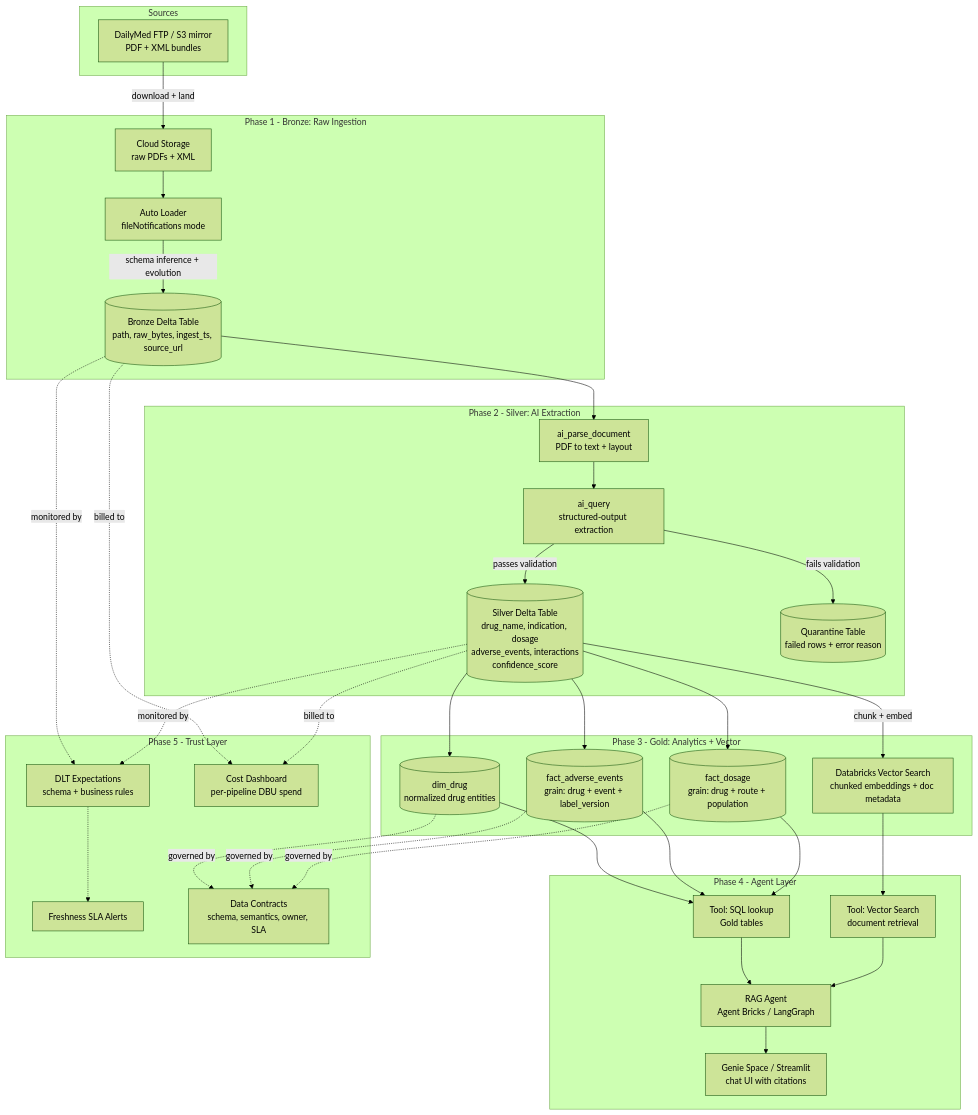
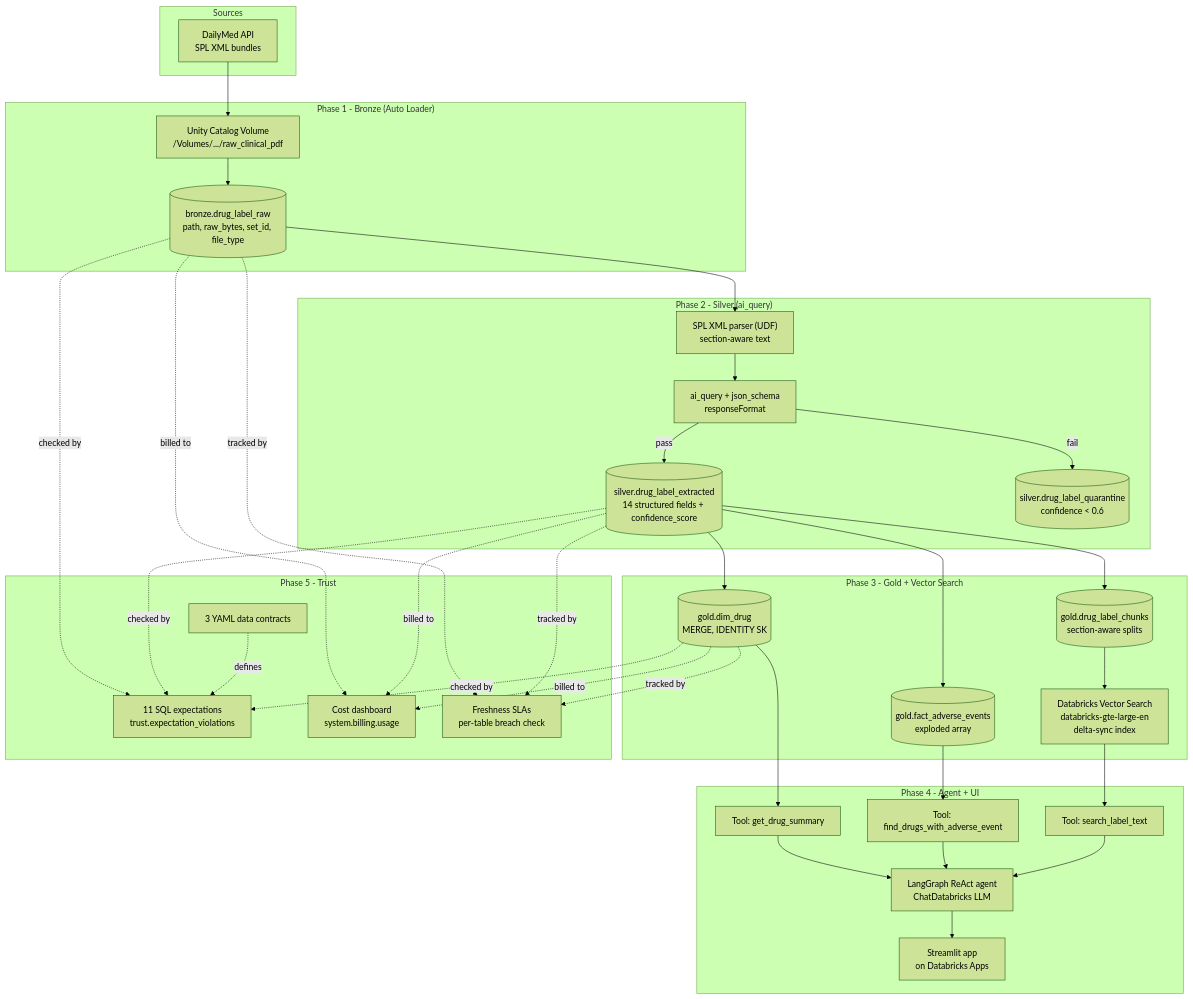
The diagram in README.md (saravanaprabhu1398-afk/data-document-intelligence-platform), drawn with Mermaid (forest theme) before and after one commit. The commit also changed other lines of this file and 3 other files, not shown here.

````diff
--- a/README.md
+++ b/README.md
@@ -44,68 +31,62 @@
 ```mermaid
 flowchart TD
     subgraph SRC["Sources"]
-        A["DailyMed FTP / S3 mirror\nPDF + XML bundles"]
+        A["DailyMed API\nSPL XML bundles"]
     end
 
-    subgraph BRZ["Phase 1 - Bronze: Raw Ingestion"]
-        B["Cloud Storage\nraw PDFs + XML"]
-        C["Auto Loader\nfileNotifications mode"]
-        D[("Bronze Delta Table\npath, raw_bytes, ingest_ts, source_url")]
+    subgraph BRZ["Phase 1 - Bronze (Auto Loader)"]
+        B["Unity Catalog Volume\n/Volumes/.../raw_clinical_pdf"]
+        D[("bronze.drug_label_raw\npath, raw_bytes, set_id, file_type")]
     end
 
-    subgraph SLV["Phase 2 - Silver: AI Extraction"]
-        E["ai_parse_document\nPDF to text + layout"]
-        F["ai_query\nstructured-output extraction"]
-        G[("Silver Delta Table\ndrug_name, indication, dosage\nadverse_events, interactions\nconfidence_score")]
-        H[("Quarantine Table\nfailed rows + error reason")]
+    subgraph SLV["Phase 2 - Silver (ai_query)"]
+        E["SPL XML parser (UDF)\nsection-aware text"]
+        F["ai_query + json_schema\nresponseFormat"]
+        G[("silver.drug_label_extracted\n14 structured fields + confidence_score")]
+        H[("silver.drug_label_quarantine\nconfidence < 0.6")]
     end
 
-    subgraph GLD["Phase 3 - Gold: Analytics + Vector"]
-        I[("dim_drug\nnormalized drug entities")]
-        J[("fact_adverse_events\ngrain: drug + event + label_version")]
-        K[("fact_dosage\ngrain: drug + route + population")]
-        L["Databricks Vector Search\nchunked embeddings + doc metadata"]
+    subgraph GLD["Phase 3 - Gold + Vector Search"]
+        I[("gold.dim_drug\nMERGE, IDENTITY SK")]
+        J[("gold.fact_adverse_events\nexploded array")]
+        L[("gold.drug_label_chunks\nsection-aware splits")]
+        K["Databricks Vector Search\ndatabricks-gte-large-en\ndelta-sync index"]
     end
 
-    subgraph AGT["Phase 4 - Agent Layer"]
-        N["Tool: SQL lookup\nGold tables"]
-        O["Tool: Vector Search\ndocument retrieval"]
-        M["RAG Agent\nAgent Bricks / LangGraph"]
-        P["Genie Space / Streamlit\nchat UI with citations"]
+    subgraph AGT["Phase 4 - Agent + UI"]
+        T1["Tool: get_drug_summary"]
+        T2["Tool: find_drugs_with_adverse_event"]
+        T3["Tool: search_label_text"]
+        M["LangGraph ReAct agent\nChatDatabricks LLM"]
+        P["Streamlit app\non Databricks Apps"]
     end
 
-    subgraph TRU["Phase 5 - Trust Layer"]
-        Q["DLT Expectations\nschema + business rules"]
-        R["Freshness SLA Alerts"]
-        S["Cost Dashboard\nper-pipeline DBU spend"]
-        T["Data Contracts\nschema, semantics, owner, SLA"]
+    subgraph TRU["Phase 5 - Trust"]
+        Q["3 YAML data contracts"]
+        R["11 SQL expectations\ntrust.expectation_violations"]
+        S["Cost dashboard\nsystem.billing.usage"]
+        F2["Freshness SLAs\nper-table breach check"]
     end
 
-    A -->|"download + land"| B
-    B --> C
-    C -->|"schema inference + evolution"| D
-    D --> E
-    E --> F
-    F -->|"passes validation"| G
-    F -->|"fails validation"| H
+    A --> B --> D
+    D --> E --> F
+    F -->|"pass"| G
+    F -->|"fail"| H
     G --> I
     G --> J
-    G --> K
-    G -->|"chunk + embed"| L
-    I --> N
-    J --> N
-    K --> N
-    L --> O
-    N --> M
-    O --> M
+    G --> L
+    L --> K
+
+    I --> T1
+    J --> T2
+    K --> T3
+    T1 & T2 & T3 --> M
     M --> P
 
-    D -. "monitored by" .-> Q
-    G -. "monitored by" .-> Q
-    Q -.-> R
-    D -. "billed to" .-> S
-    G -. "billed to" .-> S
-    I -. "governed by" .-> T
-    J -. "governed by" .-> T
-    K -. "governed by" .-> T
+    D -. checked by .-> R
+    G -. checked by .-> R
+    I -. checked by .-> R
+    Q -. defines .-> R
+    D & G & I -. billed to .-> S
+    D & G & I -. tracked by .-> F2
 ```
````
